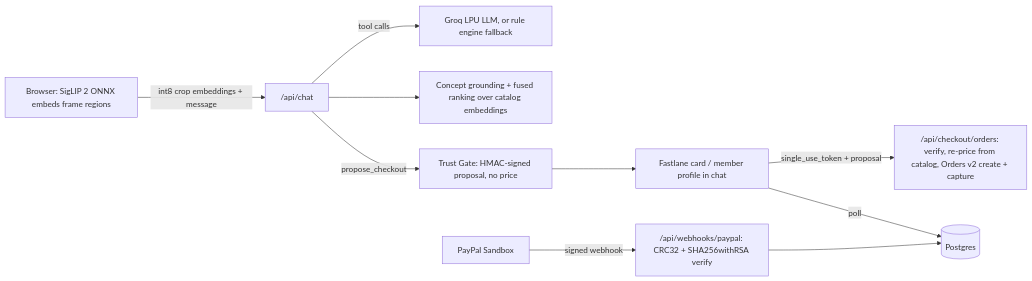
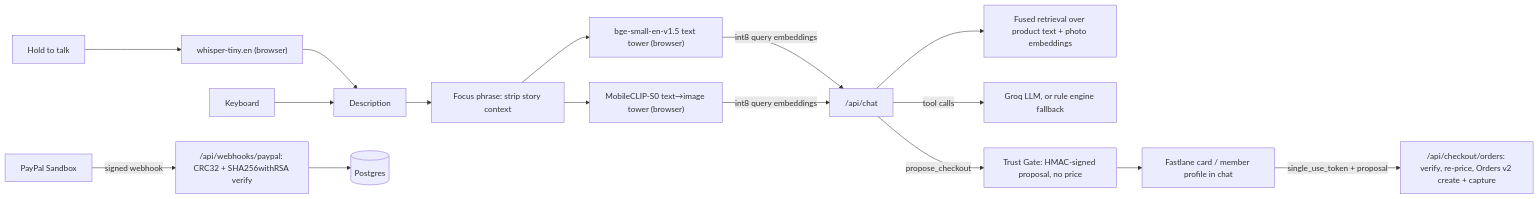
Before and after one commit to bot80-alt/visio: the diagram in README.md, drawn with Mermaid. The commit also changed other lines of this file and 138 other files, not shown here.

First line of the commit message:
Pivot to natural-language description matching with push-to-talk

````diff
--- a/README.md
+++ b/README.md
@@ -16,12 +16,18 @@
 ```mermaid
 flowchart LR
-  Browser["Browser: SigLIP 2 ONNX embeds frame regions"] -->|"int8 crop embeddings + message"| Chat["/api/chat"]
-  Chat -->|"tool calls"| Groq["Groq LPU LLM, or rule engine fallback"]
-  Chat --> Search["Concept grounding + fused ranking over catalog embeddings"]
+  Mic["Hold to talk"] --> Whisper["whisper-tiny.en (browser)"]
+  Whisper --> Text["Description"]
+  Keys["Keyboard"] --> Text
+  Text --> Focus["Focus phrase: strip story context"]
+  Focus --> BGE["bge-small-en-v1.5 text tower (browser)"]
+  Focus --> CLIP["MobileCLIP-S0 text→image tower (browser)"]
+  BGE -->|"int8 query embeddings"| Chat["/api/chat"]
+  CLIP -->|"int8 query embeddings"| Chat
+  Chat --> Fuse["Fused retrieval over product text + photo embeddings"]
+  Chat -->|"tool calls"| Groq["Groq LLM, or rule engine fallback"]
   Chat -->|propose_checkout| Proposal["Trust Gate: HMAC-signed proposal, no price"]
   Proposal --> Fastlane["Fastlane card / member profile in chat"]
-  Fastlane -->|"single_use_token + proposal"| Orders["/api/checkout/orders: verify, re-price from catalog, Orders v2 create + capture"]
+  Fastlane -->|"single_use_token + proposal"| Orders["/api/checkout/orders: verify, re-price, Orders v2 create + capture"]
   PayPal["PayPal Sandbox"] -->|"signed webhook"| Hook["/api/webhooks/paypal: CRC32 + SHA256withRSA verify"]
   Hook --> DB[(Postgres)]
-  Fastlane -->|poll| DB
 ```
````
